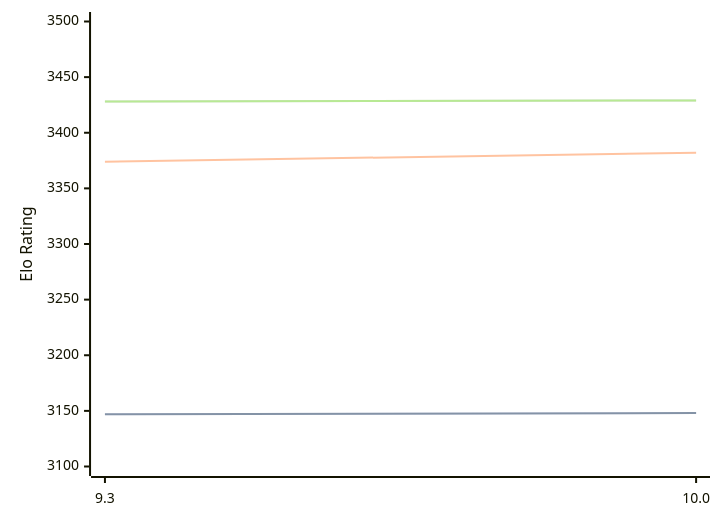
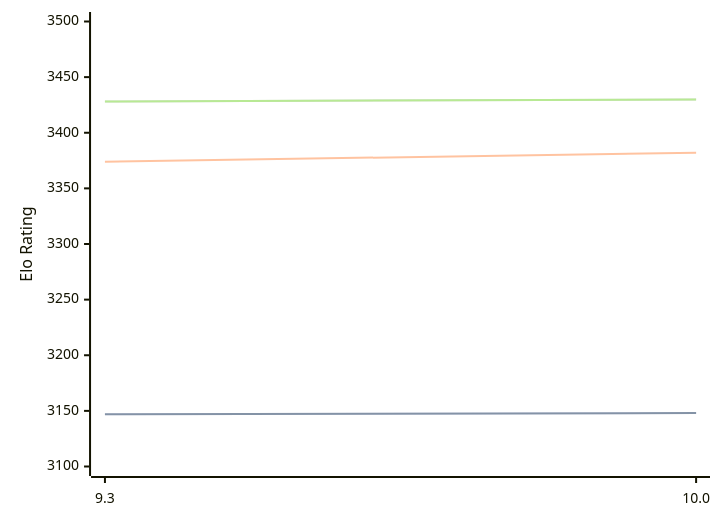
The diagram in engines/Fire.md (computer-chess-index/cci), drawn with Mermaid before and after one commit. The commit also changed other lines of this file, not shown here.

Commit message:
Update CCI Ratings (ELO VLTC) - 2026-08-30

````diff
--- a/engines/Fire.md
+++ b/engines/Fire.md
@@ -32,11 +32,11 @@
 ```mermaid
 %%{init: {"theme":"base","themeVariables":{"seriesColors:['#a3a3a3','#222221','#faa371']}}}%%
 xychart-beta
   x-axis ["9.3", "10.0"]
   y-axis "Elo Rating" 3100 --> 3500
   line "" [3147, 3148]
   line "STC (8.0+0.08s)" [3147, 3148]
   line "LTC (60.0+0.60s)" [3374, 3382]
-  line "" [3428, 3429]
-  line "VLTC (2m24s+1.12s)" [3428, 3429]
+  line "" [3428, 3430]
+  line "VLTC (2m24s+1.12s)" [3428, 3430]
 ```
````
